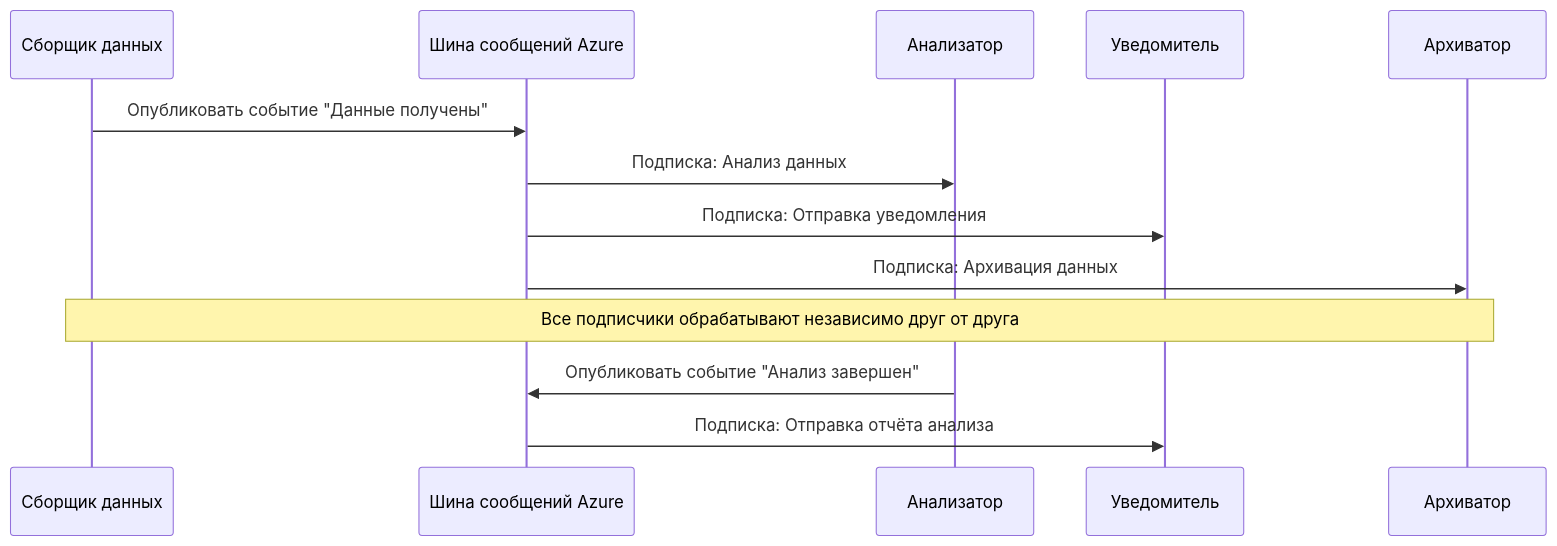
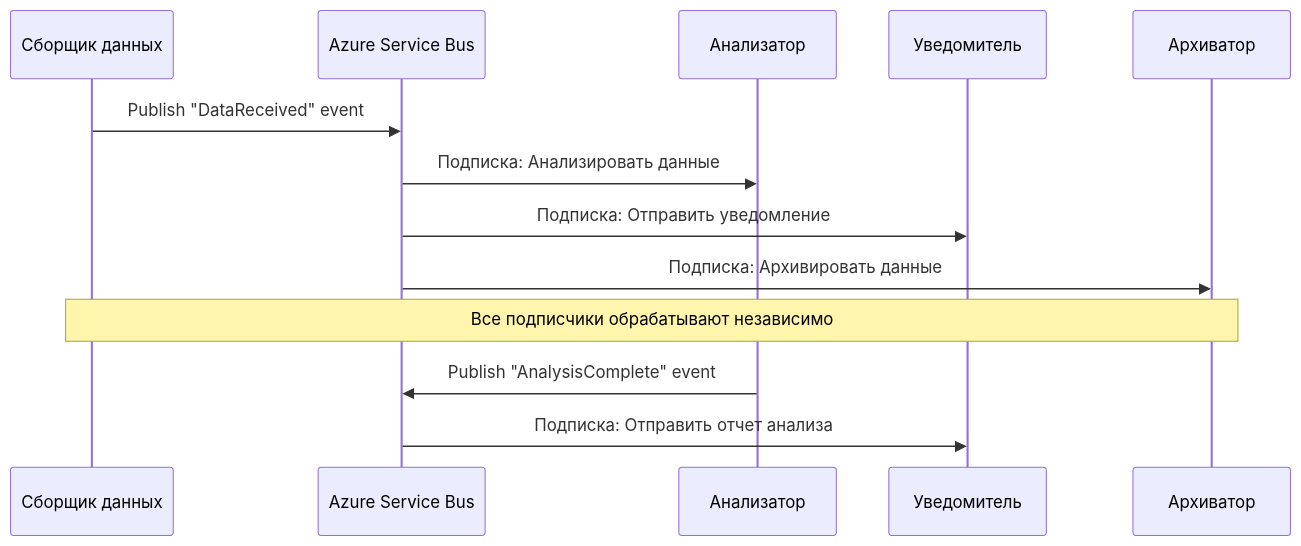
One commit to microsoft/AZD-for-beginners changed the fourth of 6 diagrams in translations/ru/docs/chapter-06-pre-deployment/coordination-patterns.md. Above: the diagram before and after it, drawn with Mermaid. The commit also changed other lines of this file and 101 other files, not shown here.

````diff
--- a/translations/ru/docs/chapter-06-pre-deployment/coordination-patterns.md
+++ b/translations/ru/docs/chapter-06-pre-deployment/coordination-patterns.md
@@ -191,18 +185,18 @@
 ```mermaid
 sequenceDiagram
     participant Agent1 as Сборщик данных
-    participant EventBus as Шина сообщений Azure
+    participant EventBus as Azure Service Bus
     participant Agent2 as Анализатор
     participant Agent3 as Уведомитель
     participant Agent4 as Архиватор
     
-    Agent1->>EventBus: Опубликовать событие "Данные получены"
-    EventBus->>Agent2: Подписка: Анализ данных
-    EventBus->>Agent3: Подписка: Отправка уведомления
-    EventBus->>Agent4: Подписка: Архивация данных
+    Agent1->>EventBus: Publish "DataReceived" event
+    EventBus->>Agent2: Подписка: Анализировать данные
+    EventBus->>Agent3: Подписка: Отправить уведомление
+    EventBus->>Agent4: Подписка: Архивировать данные
     
-    Note over Agent1,Agent4: Все подписчики обрабатывают независимо друг от друга
+    Note over Agent1,Agent4: Все подписчики обрабатывают независимо
     
-    Agent2->>EventBus: Опубликовать событие "Анализ завершен"
-    EventBus->>Agent3: Подписка: Отправка отчёта анализа
+    Agent2->>EventBus: Publish "AnalysisComplete" event
+    EventBus->>Agent3: Подписка: Отправить отчет анализа
 ```
````
